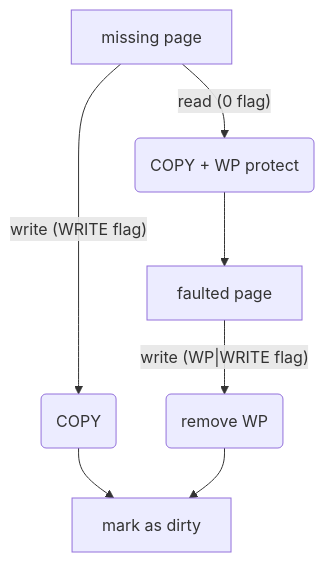
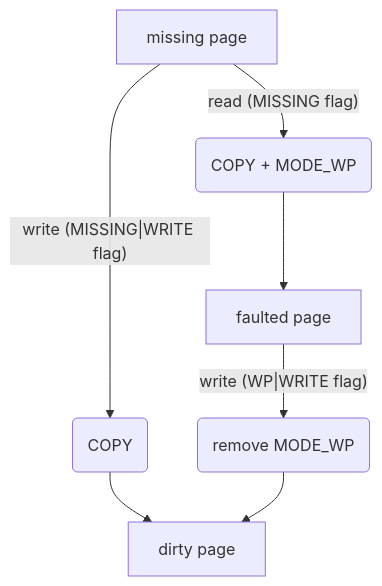
The diagram in packages/orchestrator/internal/sandbox/uffd/userfaultfd/diagram.mermaid (e2b-dev/infra), drawn with Mermaid before and after one commit.

Commit message:
Clarify WP flow

```diff
--- a/packages/orchestrator/internal/sandbox/uffd/userfaultfd/diagram.mermaid
+++ b/packages/orchestrator/internal/sandbox/uffd/userfaultfd/diagram.mermaid
@@ -1,4 +1,4 @@
 flowchart TD
-A[missing page] -- write (WRITE flag) --> B(COPY) --> C[mark as dirty]
-A -- read (0 flag) --> D(COPY + WP protect) --> E[faulted page]
-E -- write (WP|WRITE flag) --> F(remove WP) --> C
+A[missing page] -- write (MISSING|WRITE flag) --> B(COPY) --> C[dirty page]
+A -- read (MISSING flag) --> D(COPY + MODE_WP) --> E[faulted page]
+E -- write (WP|WRITE flag) --> F(remove MODE_WP) --> C
```
